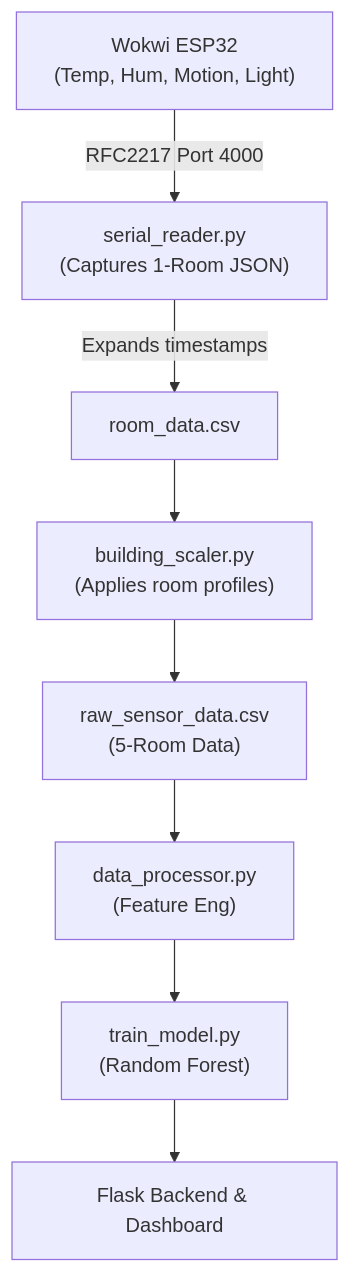
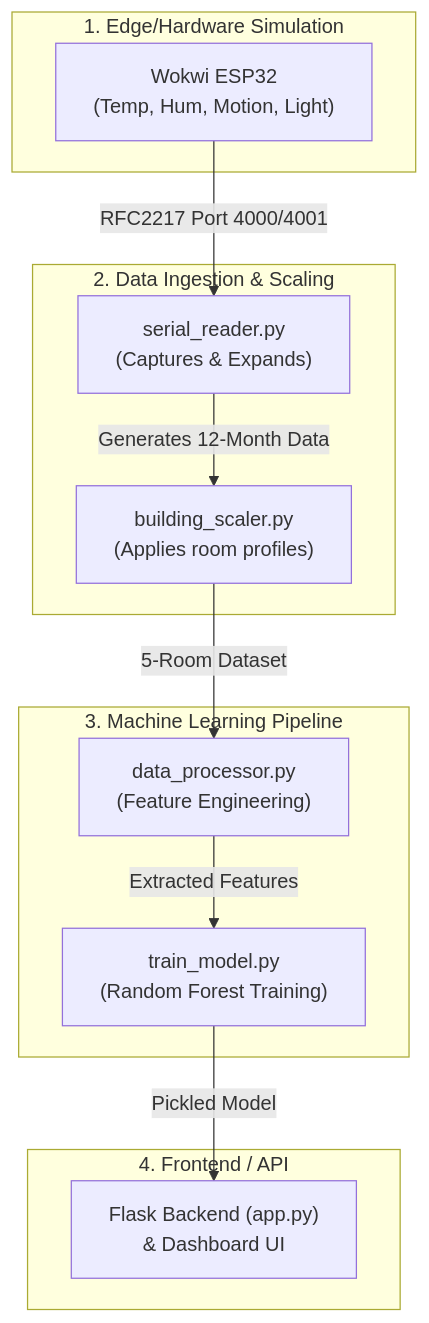
The diagram in walkthrough.md (tanishkadhaka/IoT-Based-Energy-Monitoring-and-Prediction-System), drawn with Mermaid before and after one commit. The commit also changed other lines of this file and 25 other files, not shown here.

````diff
--- a/walkthrough.md
+++ b/walkthrough.md
@@ -8,10 +24,26 @@
 ```mermaid
 graph TD
-    A["Wokwi ESP32<br>(Temp, Hum, Motion, Light)"] -->|RFC2217 Port 4000| B["serial_reader.py<br>(Captures 1-Room JSON)"]
-    B -->|Expands timestamps| C["room_data.csv"]
-    C --> D["building_scaler.py<br>(Applies room profiles)"]
-    D --> E["raw_sensor_data.csv<br>(5-Room Data)"]
-    E --> F["data_processor.py<br>(Feature Eng)"]
-    F --> G["train_model.py<br>(Random Forest)"]
-    G --> H["Flask Backend & Dashboard"]
+    subgraph "1. Edge/Hardware Simulation"
+        A["Wokwi ESP32<br>(Temp, Hum, Motion, Light)"] 
+    end
+
+    subgraph "2. Data Ingestion & Scaling"
+        B["serial_reader.py<br>(Captures & Expands)"]
+        C["building_scaler.py<br>(Applies room profiles)"]
+    end
+
+    subgraph "3. Machine Learning Pipeline"
+        D["data_processor.py<br>(Feature Engineering)"]
+        E["train_model.py<br>(Random Forest Training)"]
+    end
+
+    subgraph "4. Frontend / API"
+        F["Flask Backend (app.py)<br>& Dashboard UI"]
+    end
+
+    A -->|RFC2217 Port 4000/4001| B
+    B -->|Generates 12-Month Data| C
+    C -->|5-Room Dataset| D
+    D -->|Extracted Features| E
+    E -->|Pickled Model| F
 ```
````
